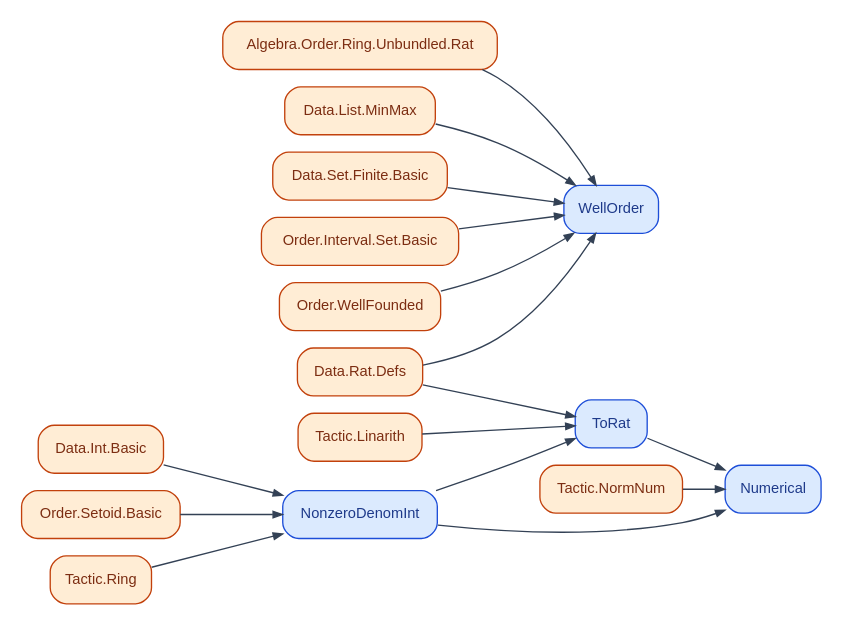
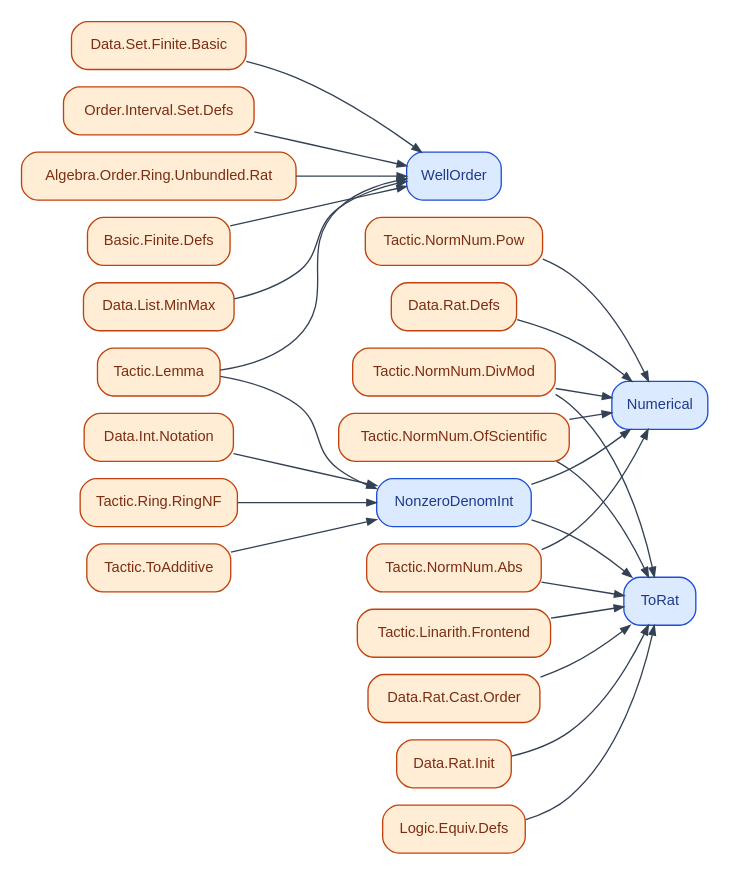
The diagram in figures/deps/Course21127.dot (catskillsresearch/BachelorsInMeasurementTheory), drawn with Graphviz before and after one commit. The commit also changed 44 other files, not shown here.

Commit message:
Regenerate course Lean dependency Graphviz figures after the import shake.

```diff
--- a/figures/deps/Course21127.dot
+++ b/figures/deps/Course21127.dot
@@ -1,38 +1,54 @@
 digraph Course21127 {
   rankdir=LR;
   graph [nodesep=0.18, ranksep=0.45, pad=0.12, bgcolor="white"];
   node [shape=box, style="rounded,filled", fontname="Helvetica", fontsize=11];
   edge [color="#334155", arrowsize=0.7];
 
   LAlgebraOrderRingUnbundledRat [label="Algebra.Order.Ring.Unbundled.Rat", fillcolor="#ffedd5", color="#c2410c", fontcolor="#7c2d12"];
-  LDataIntBasic [label="Data.Int.Basic", fillcolor="#ffedd5", color="#c2410c", fontcolor="#7c2d12"];
+  LBasicFiniteDefs [label="Basic.Finite.Defs", fillcolor="#ffedd5", color="#c2410c", fontcolor="#7c2d12"];
+  LDataIntNotation [label="Data.Int.Notation", fillcolor="#ffedd5", color="#c2410c", fontcolor="#7c2d12"];
   LDataListMinMax [label="Data.List.MinMax", fillcolor="#ffedd5", color="#c2410c", fontcolor="#7c2d12"];
+  LDataRatCastOrder [label="Data.Rat.Cast.Order", fillcolor="#ffedd5", color="#c2410c", fontcolor="#7c2d12"];
   LDataRatDefs [label="Data.Rat.Defs", fillcolor="#ffedd5", color="#c2410c", fontcolor="#7c2d12"];
+  LDataRatInit [label="Data.Rat.Init", fillcolor="#ffedd5", color="#c2410c", fontcolor="#7c2d12"];
   LDataSetFiniteBasic [label="Data.Set.Finite.Basic", fillcolor="#ffedd5", color="#c2410c", fontcolor="#7c2d12"];
-  LOrderIntervalSetBasic [label="Order.Interval.Set.Basic", fillcolor="#ffedd5", color="#c2410c", fontcolor="#7c2d12"];
-  LOrderSetoidBasic [label="Order.Setoid.Basic", fillcolor="#ffedd5", color="#c2410c", fontcolor="#7c2d12"];
-  LOrderWellFounded [label="Order.WellFounded", fillcolor="#ffedd5", color="#c2410c", fontcolor="#7c2d12"];
-  LTacticLinarith [label="Tactic.Linarith", fillcolor="#ffedd5", color="#c2410c", fontcolor="#7c2d12"];
-  LTacticNormNum [label="Tactic.NormNum", fillcolor="#ffedd5", color="#c2410c", fontcolor="#7c2d12"];
-  LTacticRing [label="Tactic.Ring", fillcolor="#ffedd5", color="#c2410c", fontcolor="#7c2d12"];
+  LLogicEquivDefs [label="Logic.Equiv.Defs", fillcolor="#ffedd5", color="#c2410c", fontcolor="#7c2d12"];
+  LOrderIntervalSetDefs [label="Order.Interval.Set.Defs", fillcolor="#ffedd5", color="#c2410c", fontcolor="#7c2d12"];
+  LTacticLemma [label="Tactic.Lemma", fillcolor="#ffedd5", color="#c2410c", fontcolor="#7c2d12"];
+  LTacticLinarithFrontend [label="Tactic.Linarith.Frontend", fillcolor="#ffedd5", color="#c2410c", fontcolor="#7c2d12"];
+  LTacticNormNumAbs [label="Tactic.NormNum.Abs", fillcolor="#ffedd5", color="#c2410c", fontcolor="#7c2d12"];
+  LTacticNormNumDivMod [label="Tactic.NormNum.DivMod", fillcolor="#ffedd5", color="#c2410c", fontcolor="#7c2d12"];
+  LTacticNormNumOfScientific [label="Tactic.NormNum.OfScientific", fillcolor="#ffedd5", color="#c2410c", fontcolor="#7c2d12"];
+  LTacticNormNumPow [label="Tactic.NormNum.Pow", fillcolor="#ffedd5", color="#c2410c", fontcolor="#7c2d12"];
+  LTacticRingRingNF [label="Tactic.Ring.RingNF", fillcolor="#ffedd5", color="#c2410c", fontcolor="#7c2d12"];
+  LTacticToAdditive [label="Tactic.ToAdditive", fillcolor="#ffedd5", color="#c2410c", fontcolor="#7c2d12"];
   MNonzeroDenomInt [label="NonzeroDenomInt", fillcolor="#dbeafe", color="#1d4ed8", fontcolor="#1e3a8a"];
   MNumerical [label="Numerical", fillcolor="#dbeafe", color="#1d4ed8", fontcolor="#1e3a8a"];
   MToRat [label="ToRat", fillcolor="#dbeafe", color="#1d4ed8", fontcolor="#1e3a8a"];
   MWellOrder [label="WellOrder", fillcolor="#dbeafe", color="#1d4ed8", fontcolor="#1e3a8a"];
 
-  LTacticRing -> MNonzeroDenomInt;
-  LDataIntBasic -> MNonzeroDenomInt;
-  LOrderSetoidBasic -> MNonzeroDenomInt;
-  LTacticNormNum -> MNumerical;
-  MToRat -> MNumerical;
+  LDataIntNotation -> MNonzeroDenomInt;
+  LTacticLemma -> MNonzeroDenomInt;
+  LTacticRingRingNF -> MNonzeroDenomInt;
+  LTacticToAdditive -> MNonzeroDenomInt;
+  LDataRatDefs -> MNumerical;
+  LTacticNormNumAbs -> MNumerical;
+  LTacticNormNumOfScientific -> MNumerical;
+  LTacticNormNumPow -> MNumerical;
+  LTacticNormNumDivMod -> MNumerical;
   MNonzeroDenomInt -> MNumerical;
-  LDataRatDefs -> MToRat;
-  LTacticLinarith -> MToRat;
+  LLogicEquivDefs -> MToRat;
+  LTacticNormNumAbs -> MToRat;
+  LTacticLinarithFrontend -> MToRat;
+  LTacticNormNumOfScientific -> MToRat;
+  LDataRatInit -> MToRat;
+  LTacticNormNumDivMod -> MToRat;
+  LDataRatCastOrder -> MToRat;
   MNonzeroDenomInt -> MToRat;
-  LDataRatDefs -> MWellOrder;
-  LOrderWellFounded -> MWellOrder;
+  LBasicFiniteDefs -> MWellOrder;
   LDataSetFiniteBasic -> MWellOrder;
+  LAlgebraOrderRingUnbundledRat -> MWellOrder;
   LDataListMinMax -> MWellOrder;
-  LOrderIntervalSetBasic -> MWellOrder;
-  LAlgebraOrderRingUnbundledRat -> MWellOrder;
+  LTacticLemma -> MWellOrder;
+  LOrderIntervalSetDefs -> MWellOrder;
 }
```
